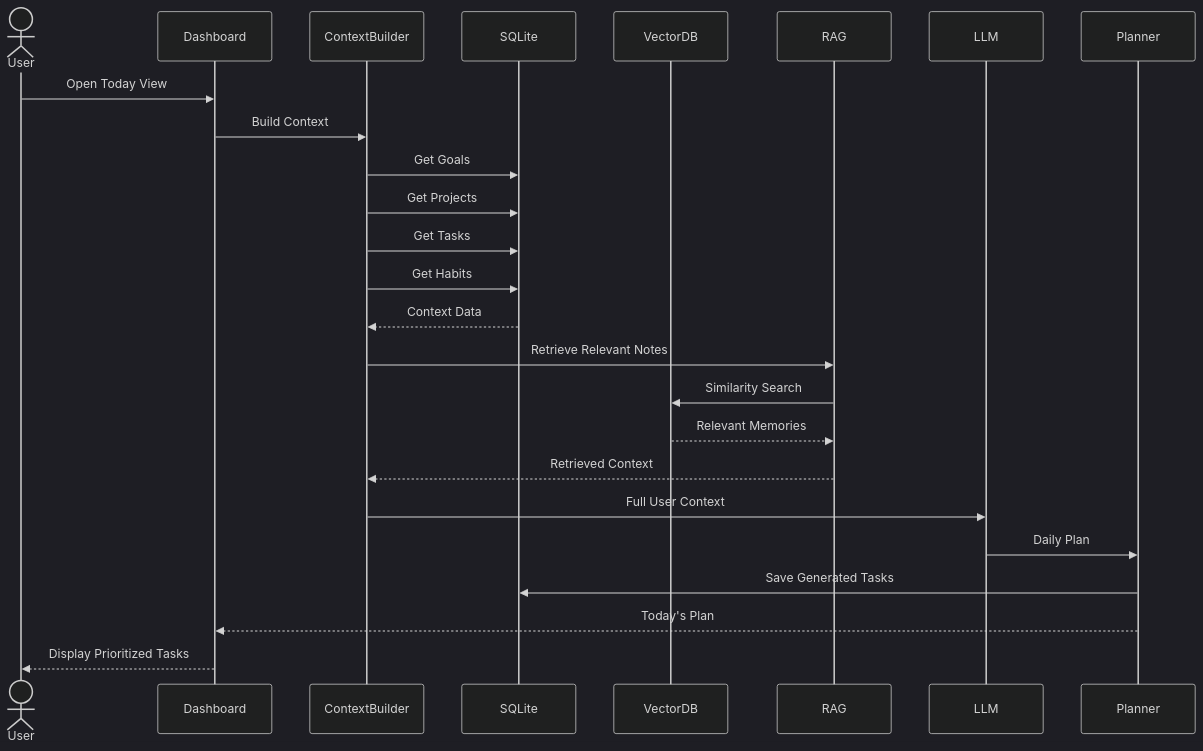
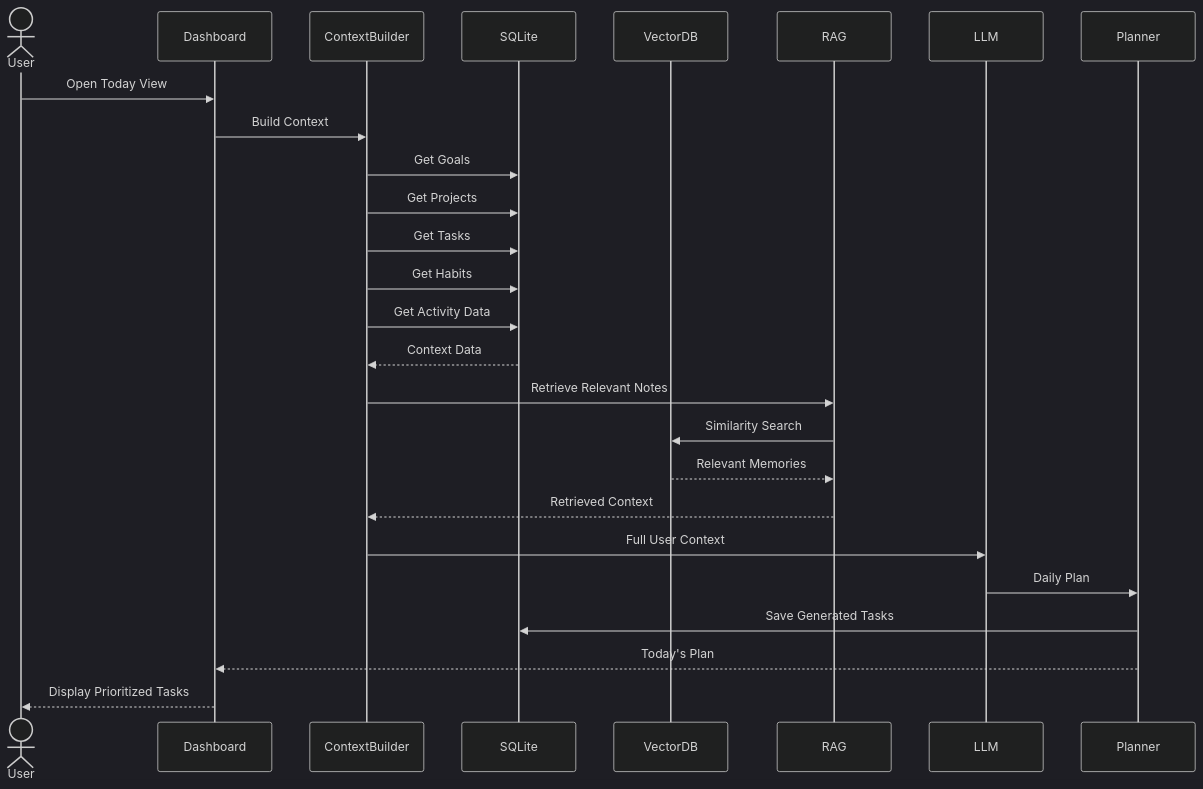
Before and after one commit to ArlagaddaMourya/habit_tracker: diagram 17 of 21 in README.md, drawn with Mermaid (dark theme). The commit also changed other lines of this file and 1 other file, not shown here.

Commit message:
updated the project with user activity and backlog

````diff
--- a/README.md
+++ b/README.md
@@ -594,42 +713,43 @@
 ```mermaid
 sequenceDiagram
 
     actor User
 
     participant Dashboard
     participant ContextBuilder
     participant SQLite
     participant VectorDB
     participant RAG
     participant LLM
     participant Planner
 
     User->>Dashboard: Open Today View
 
     Dashboard->>ContextBuilder: Build Context
 
     ContextBuilder->>SQLite: Get Goals
     ContextBuilder->>SQLite: Get Projects
     ContextBuilder->>SQLite: Get Tasks
     ContextBuilder->>SQLite: Get Habits
+    ContextBuilder->>SQLite: Get Activity Data
 
     SQLite-->>ContextBuilder: Context Data
 
     ContextBuilder->>RAG: Retrieve Relevant Notes
 
     RAG->>VectorDB: Similarity Search
 
     VectorDB-->>RAG: Relevant Memories
 
     RAG-->>ContextBuilder: Retrieved Context
 
     ContextBuilder->>LLM: Full User Context
 
     LLM->>Planner: Daily Plan
 
     Planner->>SQLite: Save Generated Tasks
 
     Planner-->>Dashboard: Today's Plan
 
     Dashboard-->>User: Display Prioritized Tasks
 ```
````
